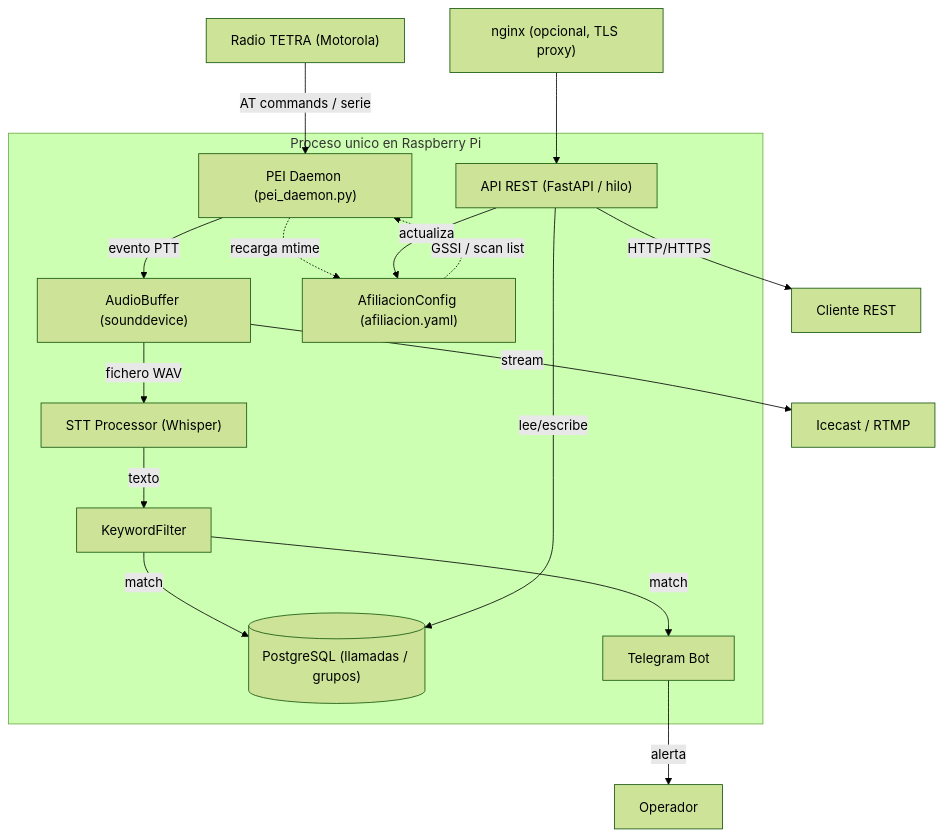
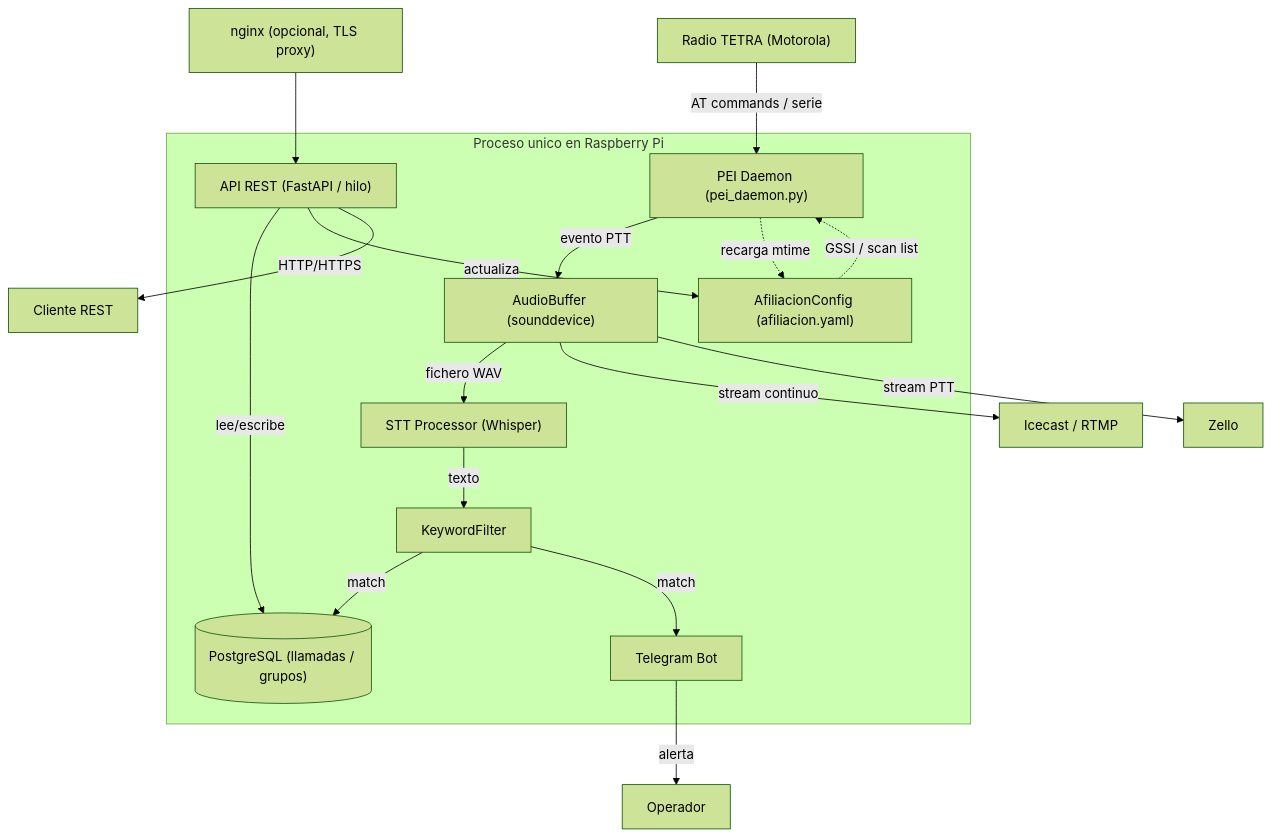
Before and after one commit to lluisasturies/tetra-monitor: the diagram in README.md, drawn with Mermaid (forest theme). The commit also changed other lines of this file, not shown here.

Commit message:
docs: update README with Zello streaming backend

````diff
--- a/README.md
+++ b/README.md
@@ -23,23 +23,24 @@
 ```mermaid
 flowchart TD
     RADIO["Radio TETRA (Motorola)"] -->|AT commands / serie| PEI
 
     subgraph PROCESO["Proceso unico en Raspberry Pi"]
         PEI["PEI Daemon (pei_daemon.py)"] -->|evento PTT| AUDIO
         AUDIO["AudioBuffer (sounddevice)"] -->|fichero WAV| STT
         STT["STT Processor (Whisper)"] -->|texto| KF
         KF["KeywordFilter"] -->|match| DB
         KF -->|match| BOT
         PEI -.->|recarga mtime| AFIL
         AFIL["AfiliacionConfig (afiliacion.yaml)"] -.->|GSSI / scan list| PEI
 
         API["API REST (FastAPI / hilo)"] -->|lee/escribe| DB
         API -->|actualiza| AFIL
     end
 
     DB[("PostgreSQL (llamadas / grupos)")]
     BOT["Telegram Bot"] -->|alerta| USER["Operador"]
-    AUDIO -->|stream| ICE["Icecast / RTMP"]
+    AUDIO -->|stream continuo| ICE["Icecast / RTMP"]
+    AUDIO -->|stream PTT| ZEL["Zello"]
     API -->|HTTP/HTTPS| CLIENT["Cliente REST"]
     NGINX["nginx (opcional, TLS proxy)"] --> API
 ```
````
